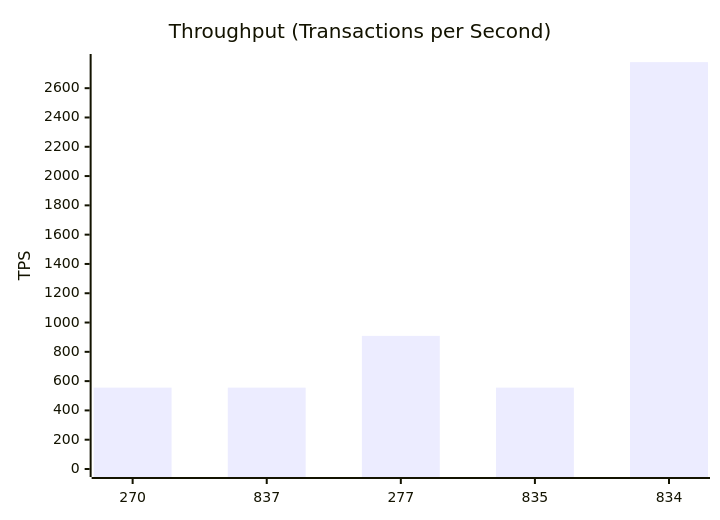
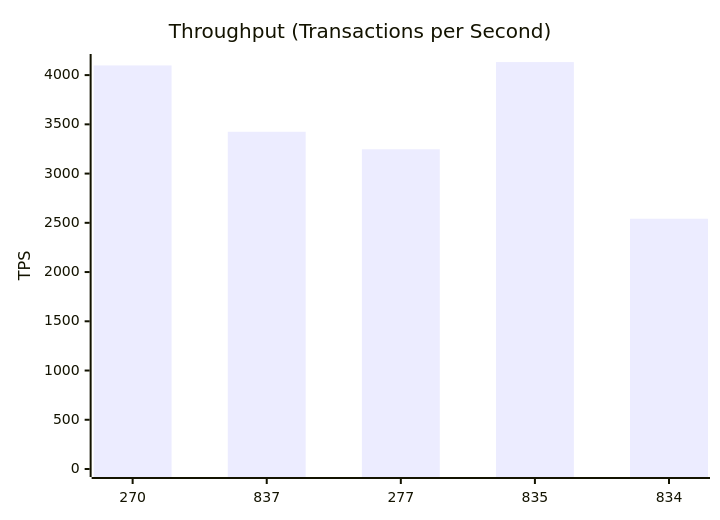
One commit to dhagan-va/intern-2025 changed the second of 10 diagrams in test-tools/DataGen/src/Statistics_Visualizer.md. Above: the diagram before and after it, drawn with Mermaid. The commit also changed other lines of this file and 4 other files, not shown here.

````diff
--- a/test-tools/DataGen/src/Statistics_Visualizer.md
+++ b/test-tools/DataGen/src/Statistics_Visualizer.md
@@ -30,7 +30,7 @@
 ```mermaid
 xychart-beta
     title "Throughput (Transactions per Second)"
     x-axis ["270", "837", "277", "835", "834"]
-    y-axis "TPS" 0 --> 2778.777777777778
-    bar [555.61729081009, 555.4938340184424, 909.008271975275, 555.61729081009, 2777.777777777778]
+    y-axis "TPS" 0 --> 4133.094806783247
+    bar [4098.360655737705, 3424.657534246576, 3246.753246753247, 4132.094806783247, 2541.3089774280934]
 ```
````
